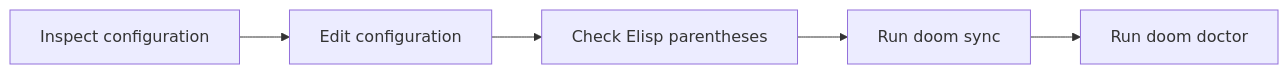
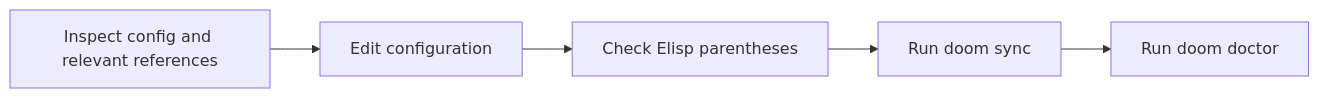
The diagram in README.md (CodeSigils/hermes-doom-config), drawn with Mermaid before and after one commit.

Commit message:
Include reference review in workflow diagram

````diff
--- a/README.md
+++ b/README.md
@@ -49,7 +49,7 @@
 ```mermaid
 flowchart LR
-  Inspect[Inspect configuration] --> Edit[Edit configuration]
+  Inspect[Inspect config and relevant references] --> Edit[Edit configuration]
   Edit --> Parens[Check Elisp parentheses]
   Parens --> Sync[Run doom sync]
   Sync --> Doctor[Run doom doctor]
 ```
````
